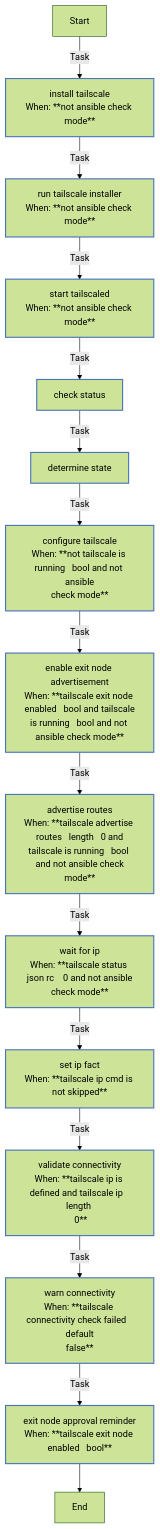
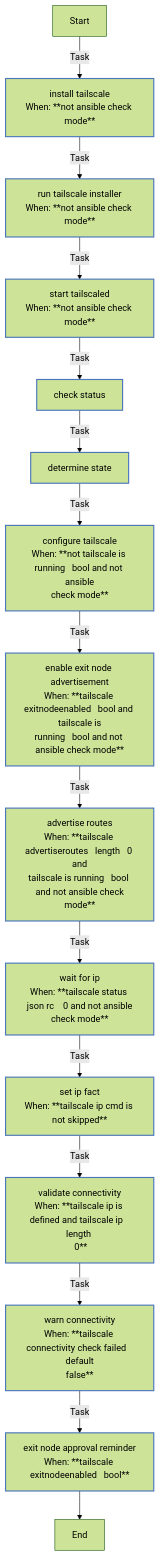
One commit to rou-cru/k3s-homelab changed the diagram in roles/tailscale/README.md. Above: the diagram before and after it, drawn with Mermaid (forest theme). The commit also changed other lines of this file and 57 other files, not shown here.

````diff
--- a/roles/tailscale/README.md
+++ b/roles/tailscale/README.md
@@ -137,27 +137,27 @@
 ```mermaid
 flowchart TD
 Start
 classDef block stroke:#3498db,stroke-width:2px;
 classDef task stroke:#4b76bb,stroke-width:2px;
 classDef includeTasks stroke:#16a085,stroke-width:2px;
 classDef importTasks stroke:#34495e,stroke-width:2px;
 classDef includeRole stroke:#2980b9,stroke-width:2px;
 classDef importRole stroke:#699ba7,stroke-width:2px;
 classDef includeVars stroke:#8e44ad,stroke-width:2px;
 classDef rescue stroke:#665352,stroke-width:2px;
 
   Start-->|Task| Install_Tailscale0[install tailscale<br>When: **not ansible check mode**]:::task
   Install_Tailscale0-->|Task| Run_Tailscale_installer1[run tailscale installer<br>When: **not ansible check mode**]:::task
   Run_Tailscale_installer1-->|Task| Start_tailscaled2[start tailscaled<br>When: **not ansible check mode**]:::task
   Start_tailscaled2-->|Task| Check_status3[check status]:::task
   Check_status3-->|Task| Determine_state4[determine state]:::task
   Determine_state4-->|Task| Configure_Tailscale5[configure tailscale<br>When: **not tailscale is running   bool and not ansible<br>check mode**]:::task
-  Configure_Tailscale5-->|Task| Enable_exit_node_advertisement6[enable exit node advertisement<br>When: **tailscale exit node enabled   bool and tailscale<br>is running   bool and not ansible check mode**]:::task
-  Enable_exit_node_advertisement6-->|Task| Advertise_routes7[advertise routes<br>When: **tailscale advertise routes   length   0 and<br>tailscale is running   bool and not ansible check<br>mode**]:::task
+  Configure_Tailscale5-->|Task| Enable_exit_node_advertisement6[enable exit node advertisement<br>When: **tailscale exitnodeenabled   bool and tailscale is<br>running   bool and not ansible check mode**]:::task
+  Enable_exit_node_advertisement6-->|Task| Advertise_routes7[advertise routes<br>When: **tailscale advertiseroutes   length   0 and<br>tailscale is running   bool and not ansible check<br>mode**]:::task
   Advertise_routes7-->|Task| Wait_for_IP8[wait for ip<br>When: **tailscale status json rc    0 and not ansible<br>check mode**]:::task
   Wait_for_IP8-->|Task| Set_IP_fact9[set ip fact<br>When: **tailscale ip cmd is not skipped**]:::task
   Set_IP_fact9-->|Task| Validate_connectivity10[validate connectivity<br>When: **tailscale ip is defined and tailscale ip   length <br> 0**]:::task
   Validate_connectivity10-->|Task| Warn_connectivity11[warn connectivity<br>When: **tailscale connectivity check failed   default<br>false**]:::task
-  Warn_connectivity11-->|Task| Exit_node_approval_reminder12[exit node approval reminder<br>When: **tailscale exit node enabled   bool**]:::task
+  Warn_connectivity11-->|Task| Exit_node_approval_reminder12[exit node approval reminder<br>When: **tailscale exitnodeenabled   bool**]:::task
   Exit_node_approval_reminder12-->End
 ```
````
